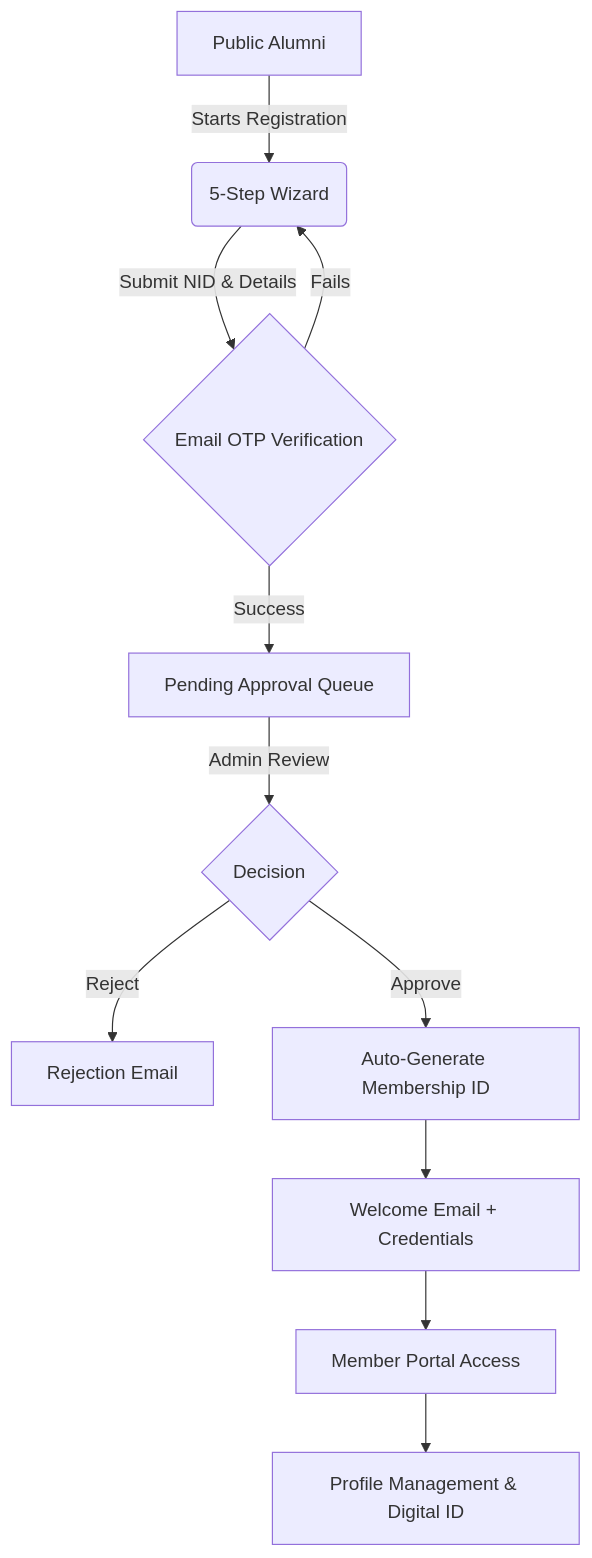
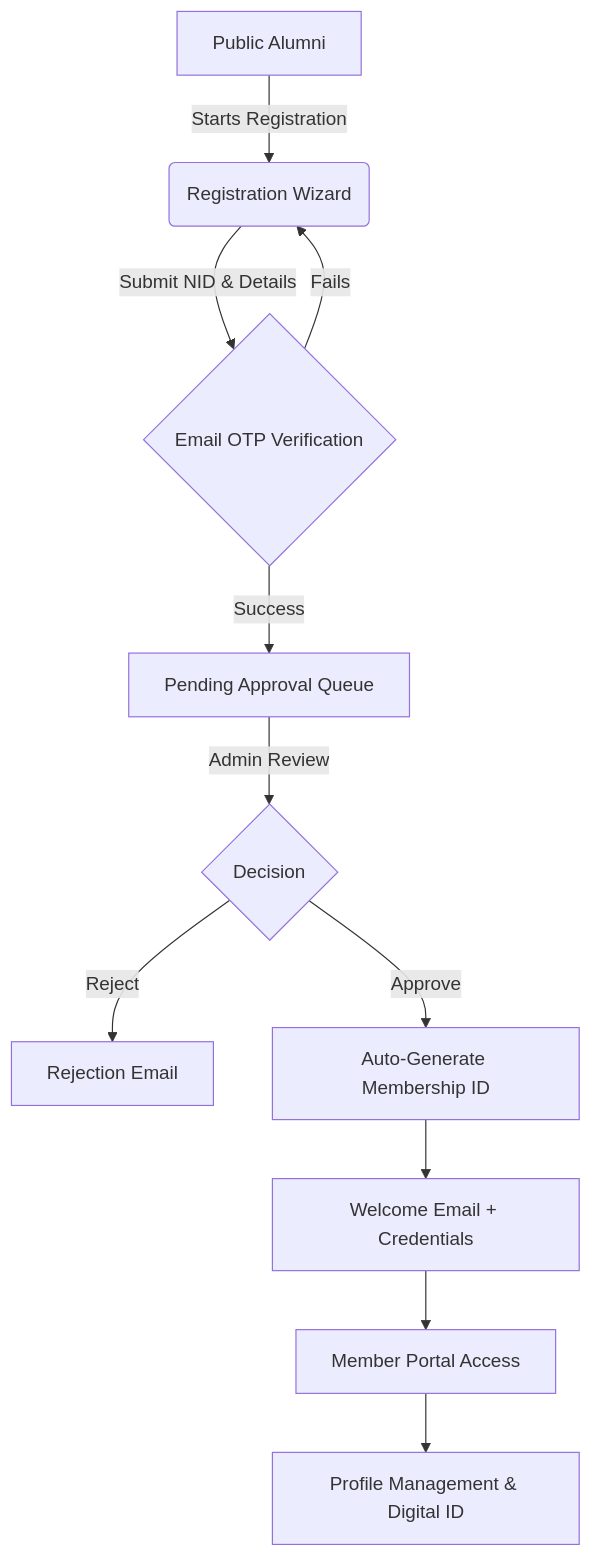
One commit to shalin-rahman/GHCAA changed the first of 4 diagrams in README.md. Above: the diagram before and after it, drawn with Mermaid. The commit also changed other lines of this file and 3 other files, not shown here.

````diff
--- a/README.md
+++ b/README.md
@@ -217,13 +84,13 @@
 ```mermaid
 graph TD
-    A[Public Alumni] -->|Starts Registration| B(5-Step Wizard)
+    A[Public Alumni] -->|Starts Registration| B(Registration Wizard)
     B -->|Submit NID & Details| C{Email OTP Verification}
     C -->|Fails| B
     C -->|Success| D[Pending Approval Queue]
     D -->|Admin Review| E{Decision}
     E -->|Reject| F[Rejection Email]
     E -->|Approve| G[Auto-Generate Membership ID]
     G --> H[Welcome Email + Credentials]
     H --> I[Member Portal Access]
     I --> J[Profile Management & Digital ID]
 ```
````
